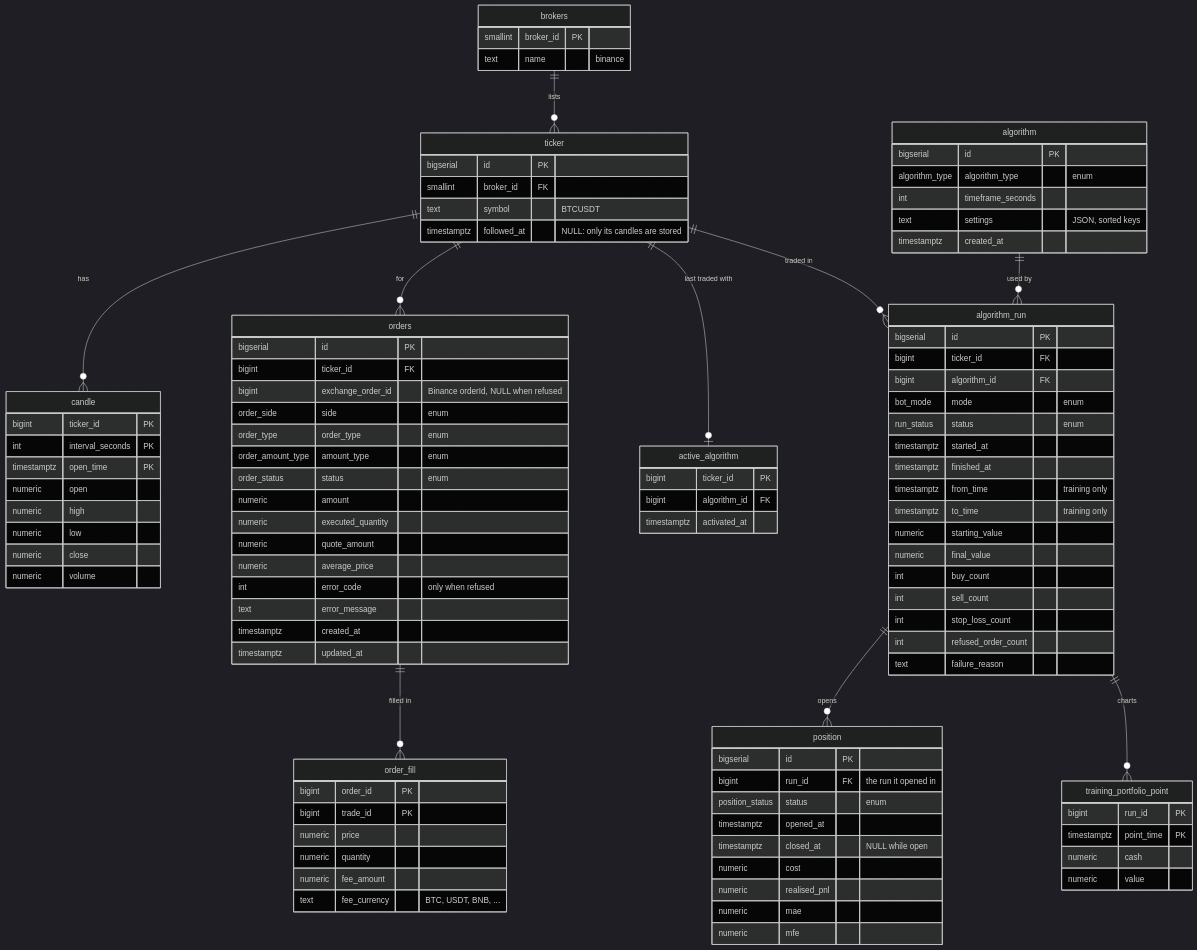
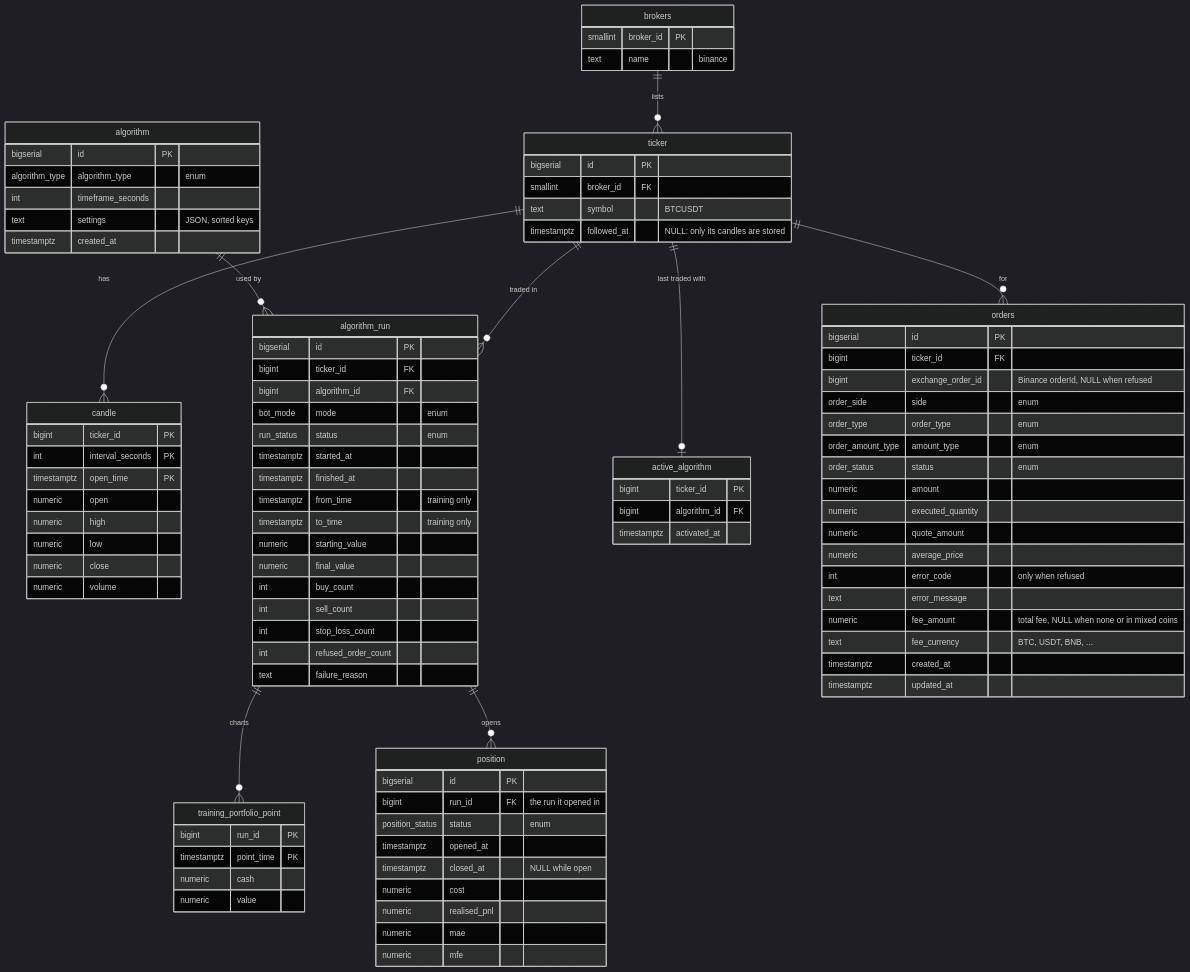
Diagram 20 of 29 in docs/ARCHITECTURE.md (ShadowOfDiablo/t212-coding-task), drawn with Mermaid (dark theme) before and after one commit. The commit also changed other lines of this file and 10 other files, not shown here.

First line of the commit message:
Keep the order fee on orders instead of an order_fill table

````diff
--- a/docs/ARCHITECTURE.md
+++ b/docs/ARCHITECTURE.md
@@ -849,16 +849,10 @@
         numeric average_price
         int error_code "only when refused"
         text error_message
+        numeric fee_amount "total fee, NULL when none or in mixed coins"
+        text fee_currency "BTC, USDT, BNB, ..."
         timestamptz created_at
         timestamptz updated_at
-    }
-    order_fill {
-        bigint order_id PK
-        bigint trade_id PK
-        numeric price
-        numeric quantity
-        numeric fee_amount
-        text fee_currency "BTC, USDT, BNB, ..."
     }
     brokers ||--o{ ticker : "lists"
     ticker ||--o{ candle : "has"
@@ -868,5 +862,4 @@
     algorithm ||--o{ algorithm_run : "used by"
     algorithm_run ||--o{ training_portfolio_point : "charts"
     algorithm_run ||--o{ position : "opens"
-    orders ||--o{ order_fill : "filled in"
 ```
````
